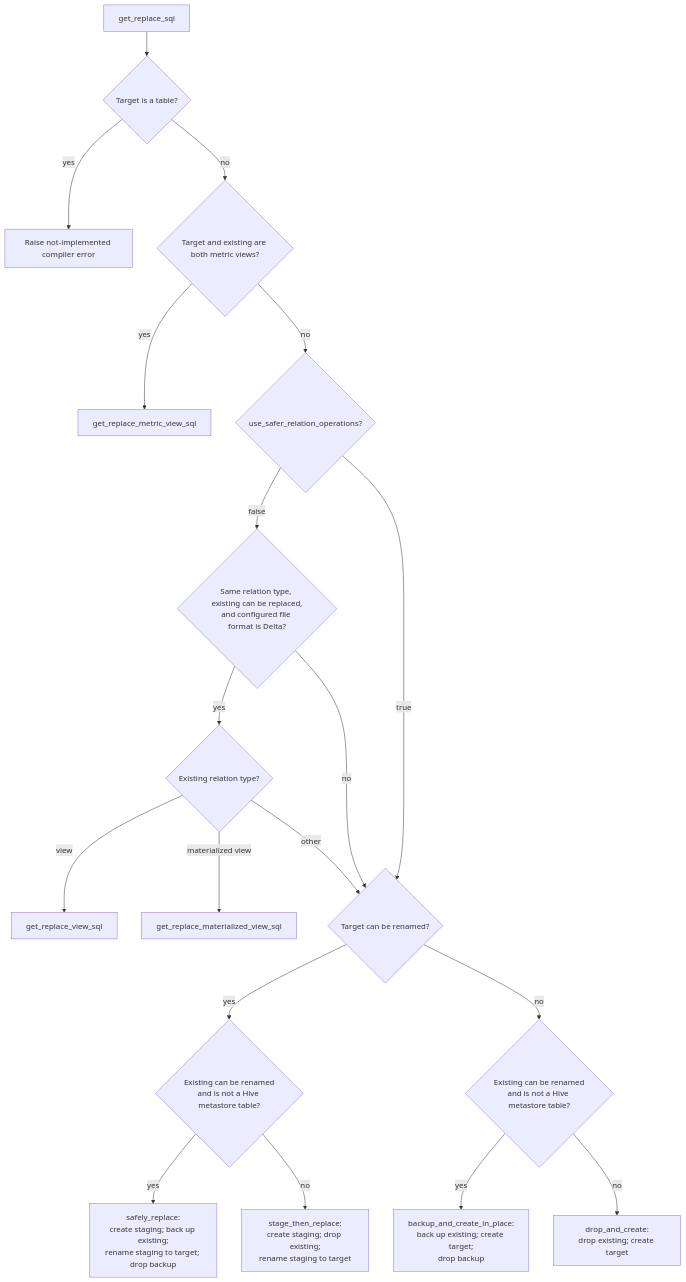
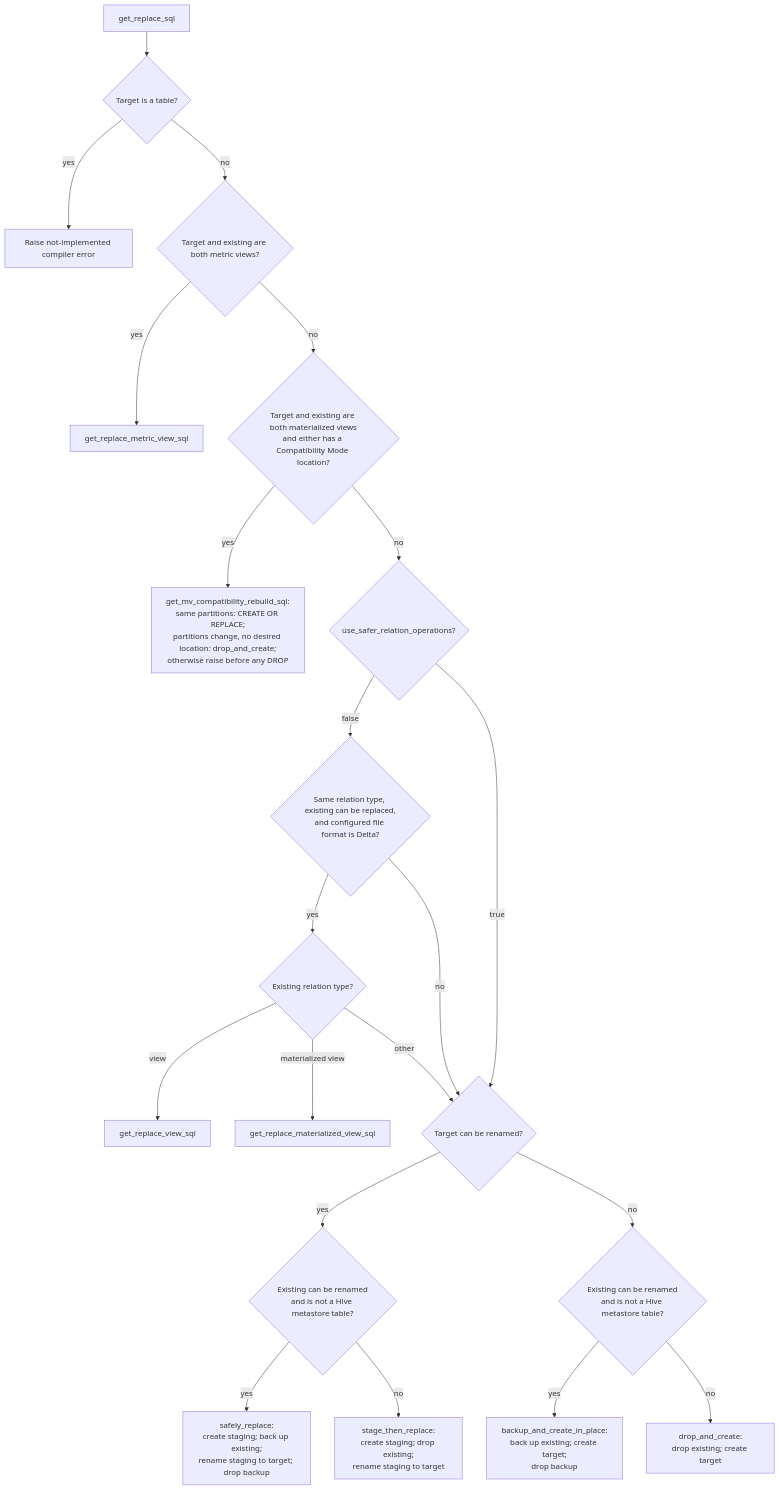
Before and after one commit to databricks/dbt-databricks: the diagram in docs/flow/replace_flow.md, drawn with Mermaid. The commit also changed other lines of this file and 10 other files, not shown here.

First line of the commit message:
fix: keep Compatibility Mode materialized views from being dropped on rebuild

````diff
--- a/docs/flow/replace_flow.md
+++ b/docs/flow/replace_flow.md
@@ -16,23 +16,25 @@
 ```mermaid
 flowchart TD
     START[get_replace_sql] --> TABLE{Target is a table?}
     TABLE -- yes --> ERROR[Raise not-implemented compiler error]
     TABLE -- no --> METRIC{Target and existing are both metric views?}
     METRIC -- yes --> METRICSQL[get_replace_metric_view_sql]
-    METRIC -- no --> SAFE{use_safer_relation_operations?}
+    METRIC -- no --> COMPAT{"Target and existing are both materialized views\nand either has a Compatibility Mode location?"}
+    COMPAT -- yes --> COMPATSQL["get_mv_compatibility_rebuild_sql:<br/>same partitions: CREATE OR REPLACE;<br/>partitions change, no desired location: drop_and_create;<br/>otherwise raise before any DROP"]
+    COMPAT -- no --> SAFE{use_safer_relation_operations?}
 
     SAFE -- false --> DIRECT{"Same relation type, existing can be replaced,\nand configured file format is Delta?"}
     DIRECT -- yes --> TYPE{Existing relation type?}
     TYPE -- view --> VIEWSQL[get_replace_view_sql]
     TYPE -- "materialized view" --> MVSQL[get_replace_materialized_view_sql]
     DIRECT -- no --> TARGETRENAME{Target can be renamed?}
     TYPE -- other --> TARGETRENAME
     SAFE -- true --> TARGETRENAME
 
     TARGETRENAME -- yes --> EXISTRENAME1{"Existing can be renamed\nand is not a Hive metastore table?"}
     TARGETRENAME -- no --> EXISTRENAME2{"Existing can be renamed\nand is not a Hive metastore table?"}
     EXISTRENAME1 -- yes --> SAFELY["safely_replace:<br/>create staging; back up existing;<br/>rename staging to target; drop backup"]
     EXISTRENAME1 -- no --> STAGE["stage_then_replace:<br/>create staging; drop existing;<br/>rename staging to target"]
     EXISTRENAME2 -- yes --> BACKUP["backup_and_create_in_place:<br/>back up existing; create target;<br/>drop backup"]
     EXISTRENAME2 -- no --> DROP["drop_and_create:<br/>drop existing; create target"]
 ```
````
